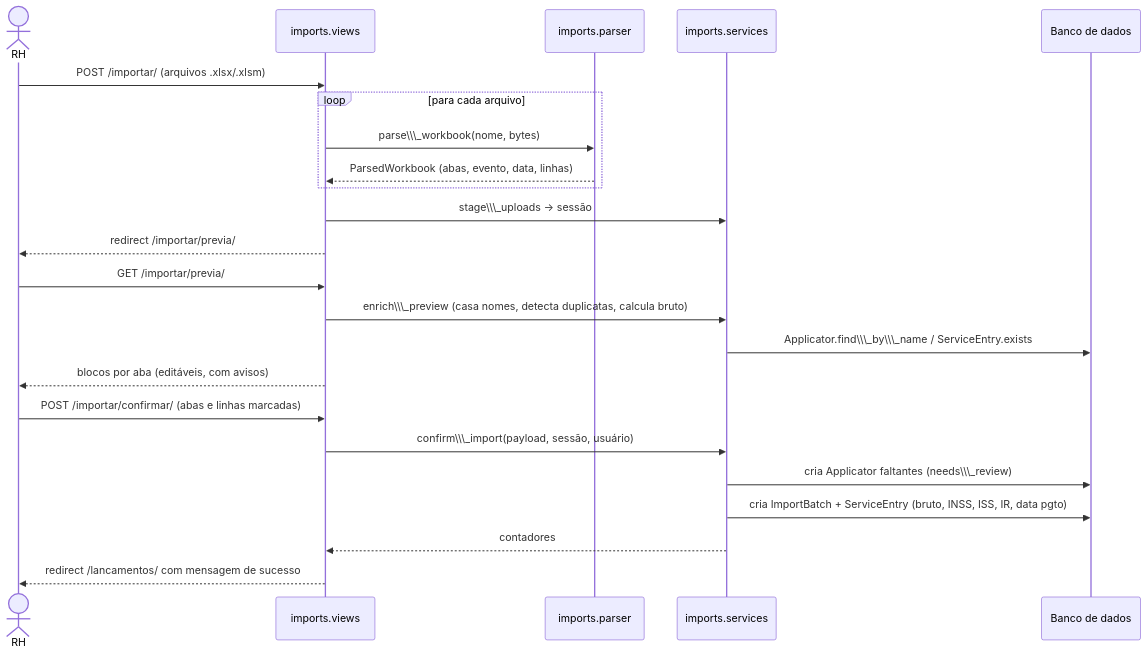
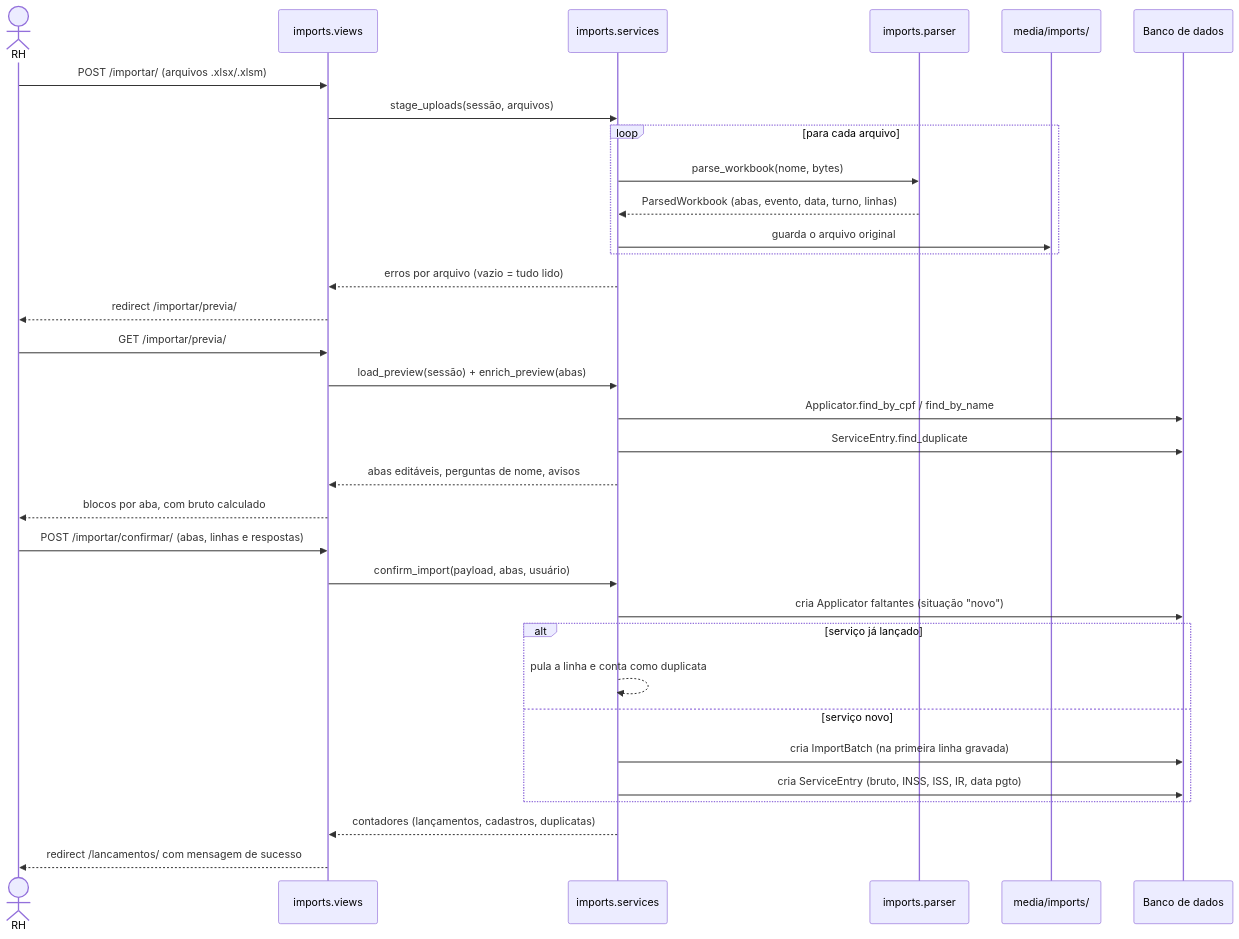
One commit to bernardozschaber/tp1-eng-soft changed the third of 4 diagrams in README.md. Above: the diagram before and after it, drawn with Mermaid. The commit also changed other lines of this file, not shown here.

Commit message:
docs(readme): update UML diagrams, seed_demo and imports (4/4)

````diff
--- a/README.md
+++ b/README.md
@@ -359,26 +359,38 @@
 ```mermaid
 sequenceDiagram
     actor RH
     participant View as imports.views
+    participant Service as imports.services
     participant Parser as imports.parser
-    participant Service as imports.services
+    participant Media as media/imports/
     participant DB as Banco de dados
 
     RH->>View: POST /importar/ (arquivos .xlsx/.xlsm)
+    View->>Service: stage_uploads(sessão, arquivos)
     loop para cada arquivo
-        View->>Parser: parse\\\_workbook(nome, bytes)
-        Parser-->>View: ParsedWorkbook (abas, evento, data, linhas)
+        Service->>Parser: parse_workbook(nome, bytes)
+        Parser-->>Service: ParsedWorkbook (abas, evento, data, turno, linhas)
+        Service->>Media: guarda o arquivo original
     end
-    View->>Service: stage\\\_uploads → sessão
+    Service-->>View: erros por arquivo (vazio = tudo lido)
     View-->>RH: redirect /importar/previa/
+
     RH->>View: GET /importar/previa/
-    View->>Service: enrich\\\_preview (casa nomes, detecta duplicatas, calcula bruto)
-    Service->>DB: Applicator.find\\\_by\\\_name / ServiceEntry.exists
-    View-->>RH: blocos por aba (editáveis, com avisos)
-    RH->>View: POST /importar/confirmar/ (abas e linhas marcadas)
-    View->>Service: confirm\\\_import(payload, sessão, usuário)
-    Service->>DB: cria Applicator faltantes (needs\\\_review)
-    Service->>DB: cria ImportBatch + ServiceEntry (bruto, INSS, ISS, IR, data pgto)
-    Service-->>View: contadores
+    View->>Service: load_preview(sessão) + enrich_preview(abas)
+    Service->>DB: Applicator.find_by_cpf / find_by_name
+    Service->>DB: ServiceEntry.find_duplicate
+    Service-->>View: abas editáveis, perguntas de nome, avisos
+    View-->>RH: blocos por aba, com bruto calculado
+
+    RH->>View: POST /importar/confirmar/ (abas, linhas e respostas)
+    View->>Service: confirm_import(payload, abas, usuário)
+    Service->>DB: cria Applicator faltantes (situação "novo")
+    alt serviço já lançado
+        Service-->>Service: pula a linha e conta como duplicata
+    else serviço novo
+        Service->>DB: cria ImportBatch (na primeira linha gravada)
+        Service->>DB: cria ServiceEntry (bruto, INSS, ISS, IR, data pgto)
+    end
+    Service-->>View: contadores (lançamentos, cadastros, duplicatas)
     View-->>RH: redirect /lancamentos/ com mensagem de sucesso
 ```
````
